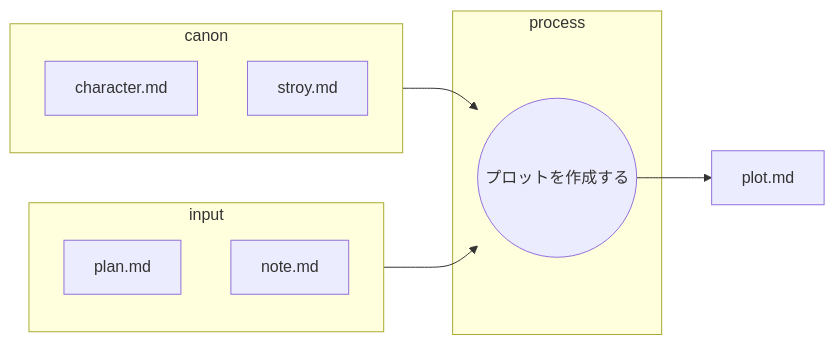
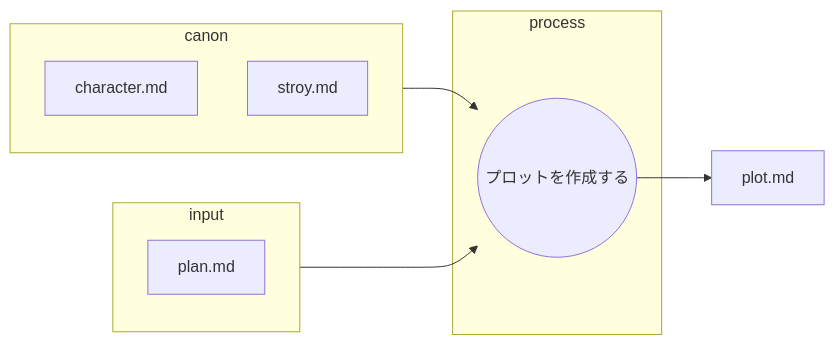
The diagram in prompts/plotter.md (yomai-hiyashidewa/novel_workflow), drawn with Mermaid before and after one commit. The commit also changed other lines of this file and 1 other file, not shown here.

````diff
--- a/prompts/plotter.md
+++ b/prompts/plotter.md
@@ -6,27 +6,26 @@
 ```mermaid
 graph LR
 
     subgraph input
         md1[plan.md]
-        md2[note.md]
     end
 
     subgraph canon
         c_character[character.md]
         c_story[stroy.md]
         
     end
 
     product[plot.md]
 
 
     subgraph process
         process_plot((プロットを作成する))
     end
 
     canon --> process_plot
     input --> process_plot
     process_plot --> product
 
 
 ```
````
